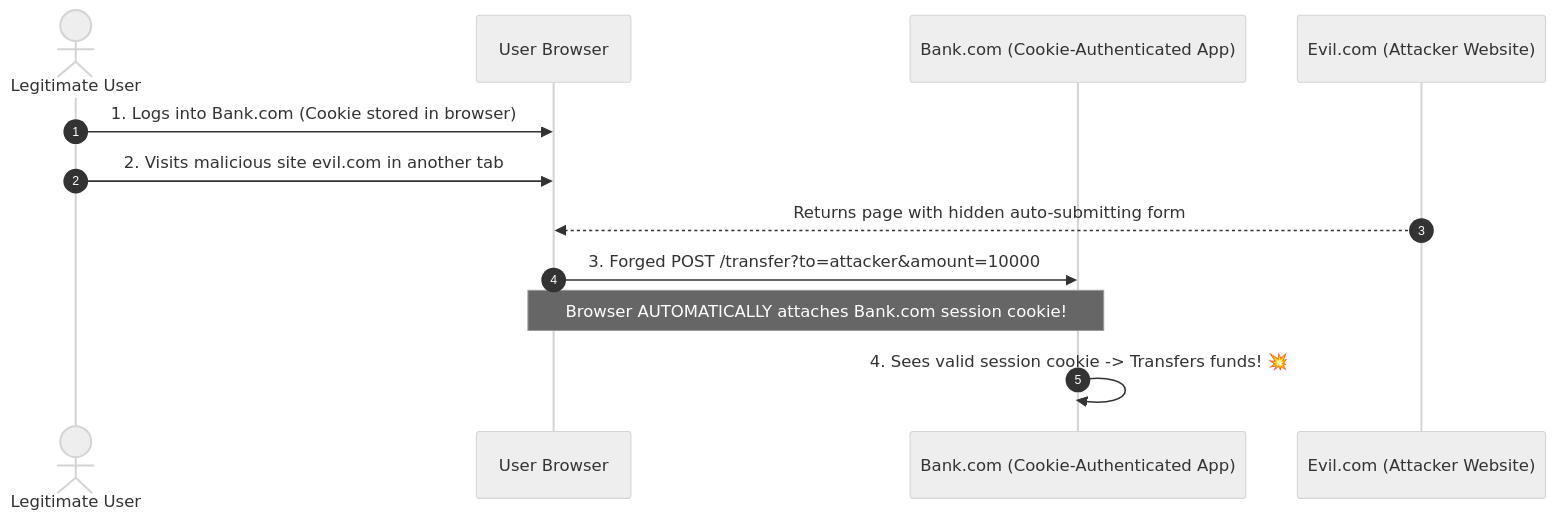
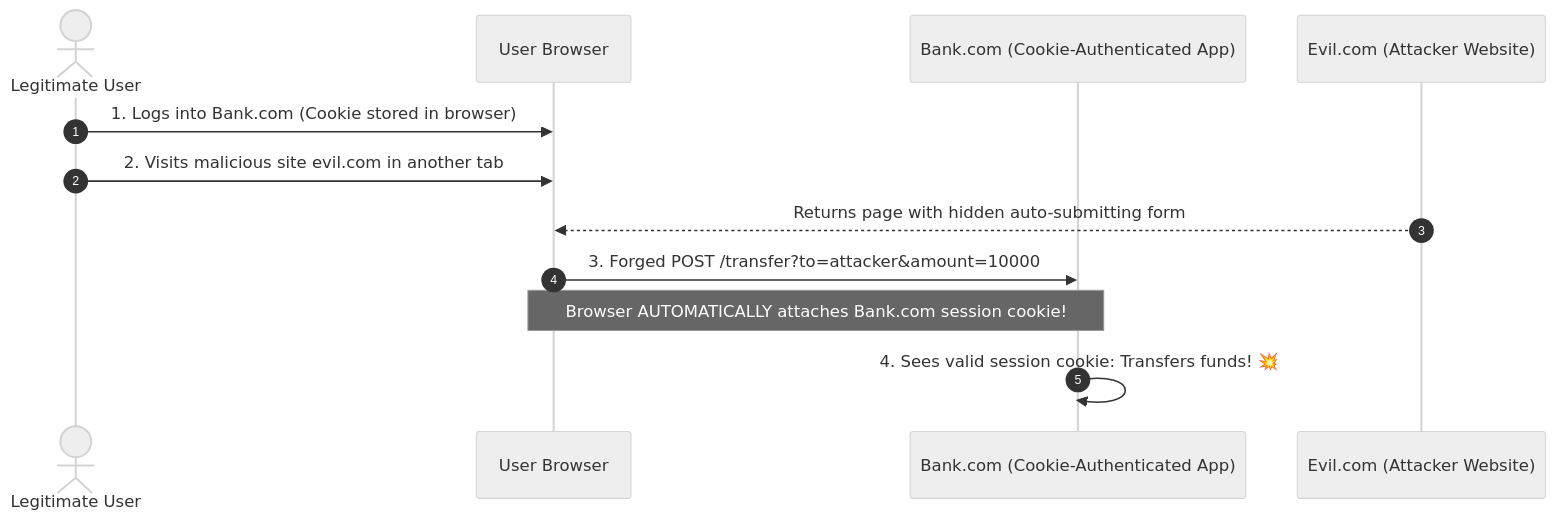
One commit to rohithgowda18/Notes changed the fifth of 6 diagrams in 06-Java-and-Spring-Boot/04-Spring-Security-and-Authentication.md. Above: the diagram before and after it, drawn with Mermaid (neutral theme). The commit also changed other lines of this file and 15 other files, not shown here.

Commit message:
docs: audit Mermaid diagrams, optimize side-by-side layouts, and deduplicate DBMS advanced notes

````diff
--- a/06-Java-and-Spring-Boot/04-Spring-Security-and-Authentication.md
+++ b/06-Java-and-Spring-Boot/04-Spring-Security-and-Authentication.md
@@ -348,15 +361,15 @@
 ```mermaid
 sequenceDiagram
     autonumber
     actor User as Legitimate User
     participant Browser as User Browser
     participant Bank as Bank.com (Cookie-Authenticated App)
     participant Evil as Evil.com (Attacker Website)
 
     User->>Browser: 1. Logs into Bank.com (Cookie stored in browser)
     User->>Browser: 2. Visits malicious site evil.com in another tab
     Evil-->>Browser: Returns page with hidden auto-submitting form
     Browser->>Bank: 3. Forged POST /transfer?to=attacker&amount=10000
     Note over Browser,Bank: Browser AUTOMATICALLY attaches Bank.com session cookie!
-    Bank->>Bank: 4. Sees valid session cookie -> Transfers funds! 💥
+    Bank->>Bank: 4. Sees valid session cookie: Transfers funds! 💥
 ```
````
